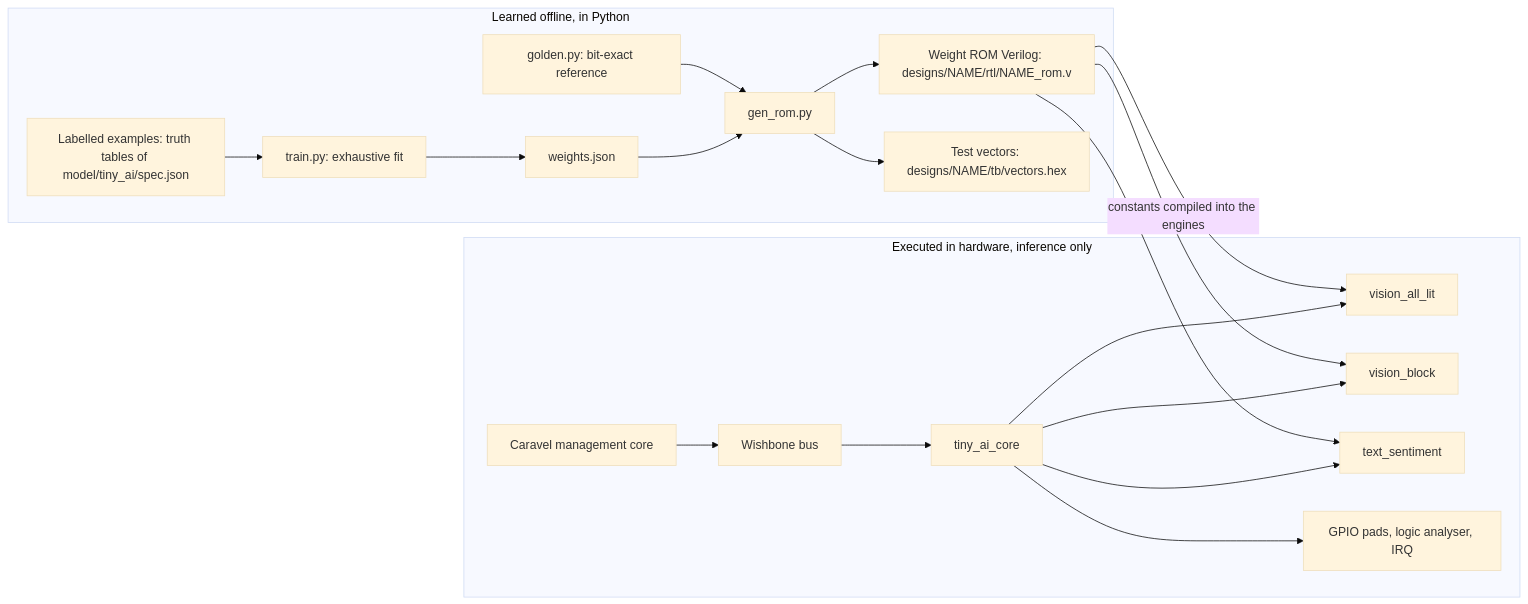
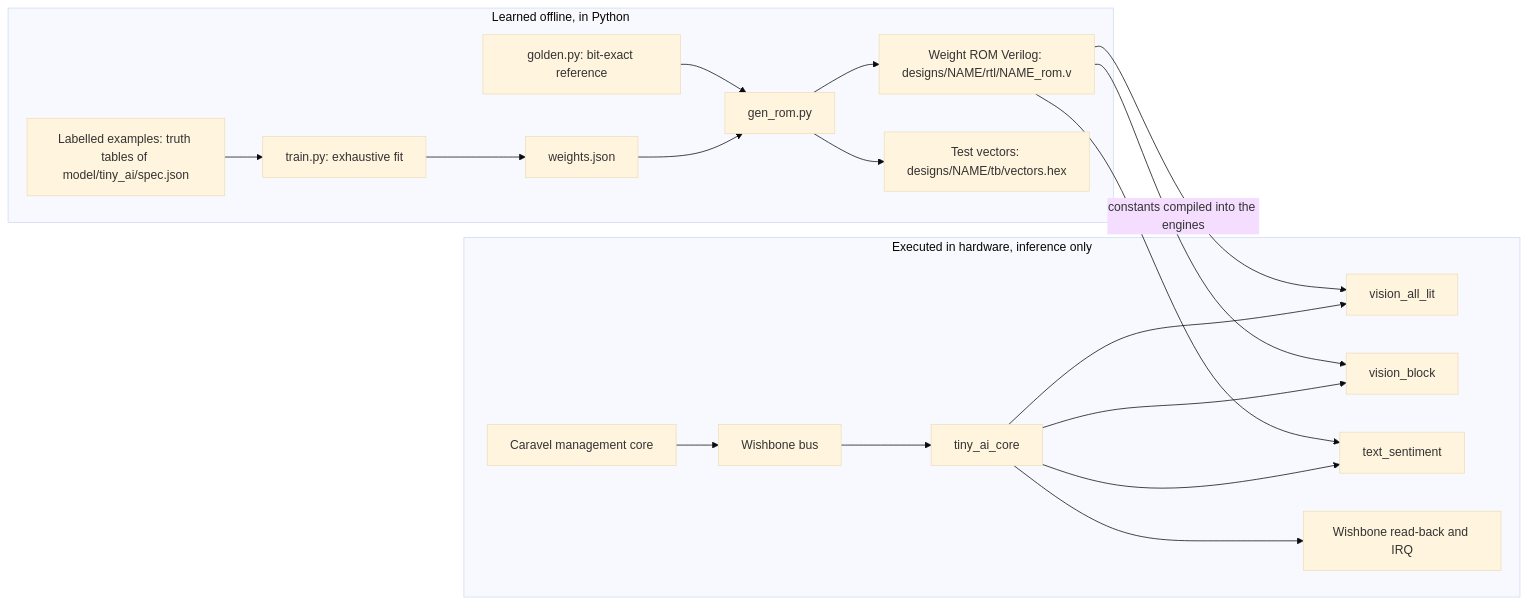
Before and after one commit to rajaghv-dev/open-ai-chip: the first of 11 diagrams in docs/ARCHITECTURE.md, drawn with Mermaid (base theme). The commit also changed other lines of this file and 115 other files, not shown here.

````diff
--- a/docs/ARCHITECTURE.md
+++ b/docs/ARCHITECTURE.md
@@ -11,33 +11,33 @@
 ```mermaid
 flowchart LR
     subgraph OFFLINE["Learned offline, in Python"]
         LBL["Labelled examples: truth tables of model/tiny_ai/spec.json"]
         TRN["train.py: exhaustive fit"]
         WJ["weights.json"]
         GEN["gen_rom.py"]
         ROMV["Weight ROM Verilog: designs/NAME/rtl/NAME_rom.v"]
         VEC["Test vectors: designs/NAME/tb/vectors.hex"]
         GLD["golden.py: bit-exact reference"]
         LBL --> TRN --> WJ --> GEN
         GEN --> ROMV
         GEN --> VEC
         GLD --> GEN
     end
     subgraph SILICON["Executed in hardware, inference only"]
         CPU["Caravel management core"]
         WB["Wishbone bus"]
         CORE["tiny_ai_core"]
         E0["vision_all_lit"]
         E1["vision_block"]
         E2["text_sentiment"]
-        OUT["GPIO pads, logic analyser, IRQ"]
+        OUT["Wishbone read-back and IRQ"]
         CPU --> WB --> CORE
         CORE --> E0
         CORE --> E1
         CORE --> E2
         CORE --> OUT
     end
     ROMV -->|"constants compiled into the engines"| E0
     ROMV --> E1
     ROMV --> E2
 ```
````
